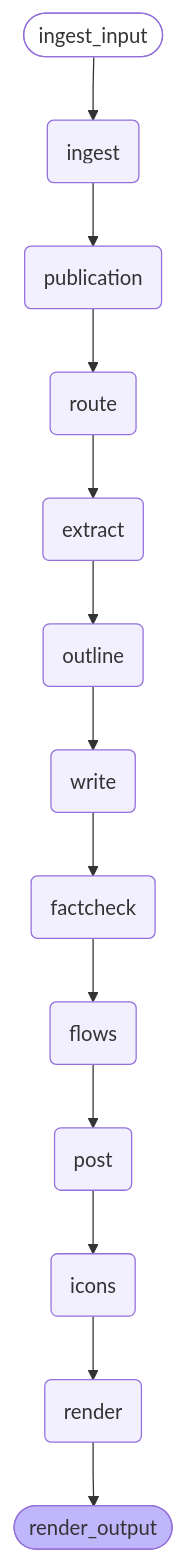
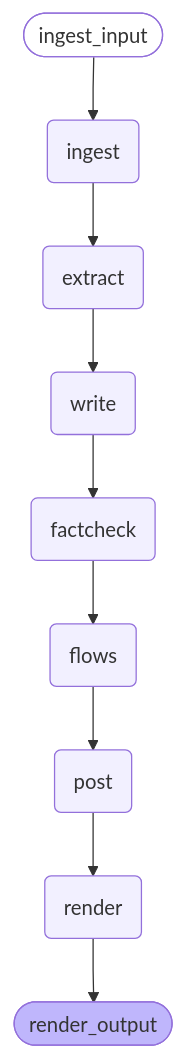
The second of 4 diagrams in docs/graphs.md (fodorad/labmate), drawn with Mermaid before and after one commit. The commit also changed other lines of this file and 41 other files, not shown here.

````diff
--- a/docs/graphs.md
+++ b/docs/graphs.md
@@ -42,36 +36,28 @@
 ```mermaid
 ---
 config:
   flowchart:
     curve: linear
 ---
 graph TD;
 	ingest_input([ingest_input]):::first
 	ingest(ingest)
-	publication(publication)
-	route(route)
 	extract(extract)
-	outline(outline)
 	write(write)
 	factcheck(factcheck)
 	flows(flows)
 	post(post)
-	icons(icons)
 	render(render)
 	render_output([render_output]):::last
 	ingest_input --> ingest;
-	ingest --> publication;
-	publication --> route;
-	route --> extract;
-	extract --> outline;
-	outline --> write;
+	ingest --> extract;
+	extract --> write;
 	write --> factcheck;
 	factcheck --> flows;
 	flows --> post;
-	post --> icons;
 	render --> render_output;
-	icons --> render;
+	post --> render;
 	classDef default fill:#f2f0ff,line-height:1.2
 	classDef first fill-opacity:0
 	classDef last fill:#bfb6fc
 ```
````
